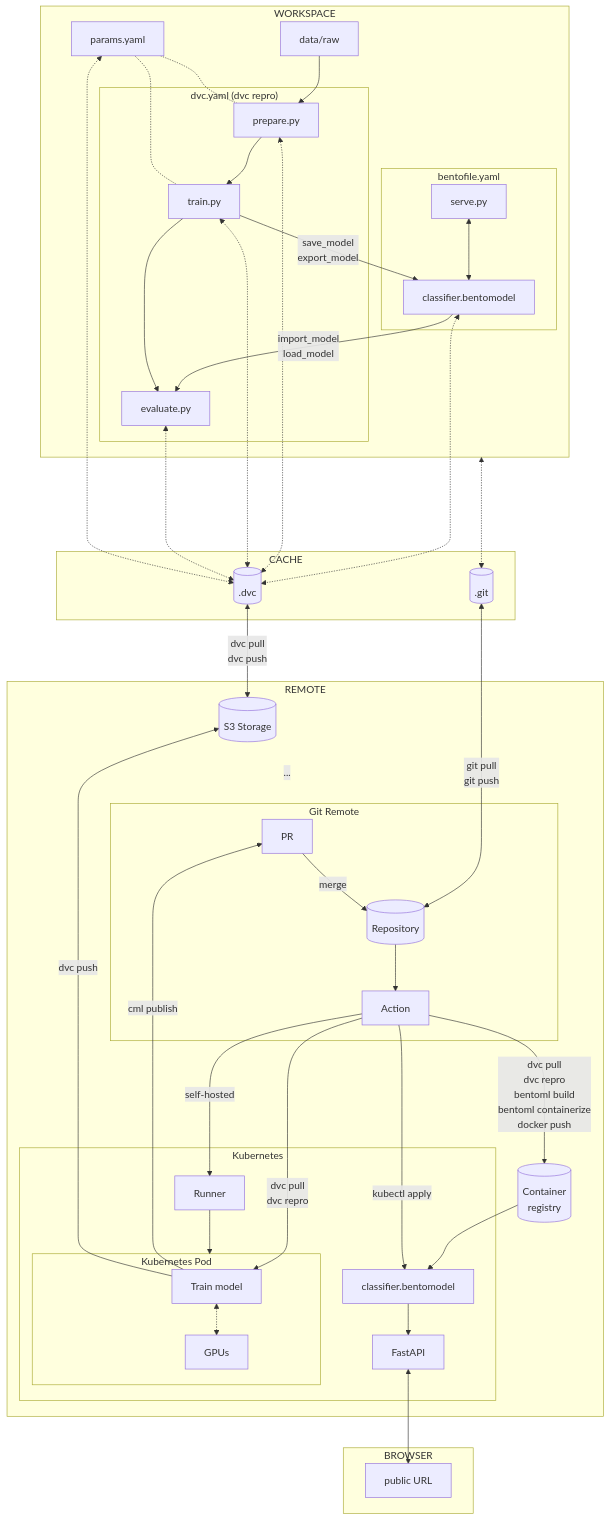
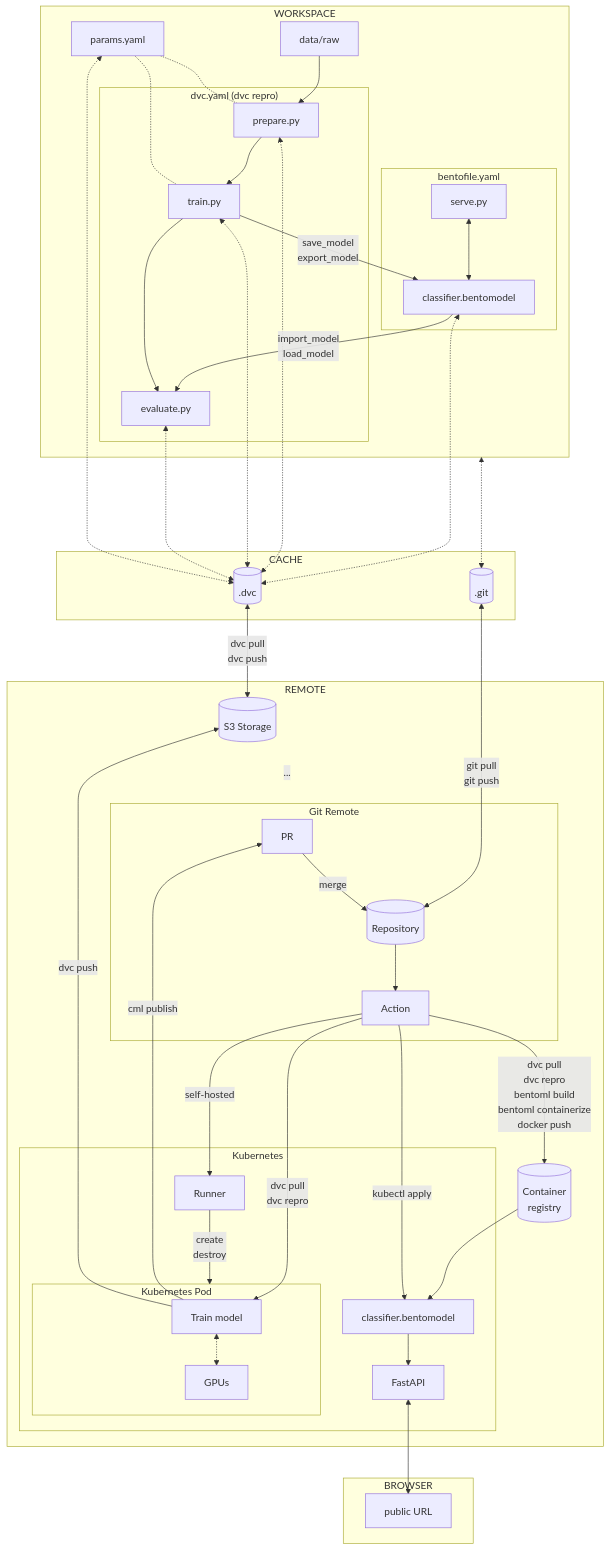
Before and after one commit to swiss-ai-center/a-guide-to-mlops: the diagram in docs/part-3-serve-and-deploy-the-model/conclusion.md, drawn with Mermaid. The commit also changed 2 other files, not shown here.

Commit message:
Rework chapter 17 and adjust mermaid graphs

````diff
--- a/docs/part-3-serve-and-deploy-the-model/conclusion.md
+++ b/docs/part-3-serve-and-deploy-the-model/conclusion.md
@@ -18,73 +18,74 @@
 ```mermaid
 flowchart TB
     dot_dvc[(.dvc)] <-->|dvc pull
                          dvc push| s3_storage[(S3 Storage)]
     dot_git[(.git)] <-->|git pull
                          git push| repository[(Repository)]
     workspaceGraph <-....-> dot_git
     data[data/raw]
 
     subgraph cacheGraph[CACHE]
         dot_dvc
         dot_git
     end
 
     subgraph workspaceGraph[WORKSPACE]
         bento_model[classifier.bentomodel] <-.-> dot_dvc
         prepare[prepare.py] <-.-> dot_dvc
         train[train.py] <-.-> dot_dvc
         evaluate[evaluate.py] <-.-> dot_dvc
         data --> prepare
         bento_model --> |import_model
                          load_model|evaluate
         train --> |save_model
                    export_model|bento_model
         subgraph dvcGraph["dvc.yaml (dvc repro)"]
             prepare --> train
             train --> evaluate
         end
         params[params.yaml] -.- prepare
         params -.- train
         params <-.-> dot_dvc
         subgraph bentoGraph[bentofile.yaml]
             bento_model
             serve[serve.py] <--> bento_model
         end
     end
 
     subgraph remoteGraph[REMOTE]
         s3_storage
         subgraph gitGraph[Git Remote]
             repository[(Repository)] --> action[Action]
             request[PR] --> |merge|repository
         end
         action --> |dvc pull
                     dvc repro
                     bentoml build
                     bentoml containerize
                     docker push|registry
         s3_storage -.- |...|request
         subgraph clusterGraph[Kubernetes]
             subgraph clusterPodGraph[Kubernetes Pod]
                 pod_train[Train model] <-.-> k8s_gpu[GPUs]
             end
-            pod_runner[Runner] --> clusterPodGraph
+            pod_runner[Runner] --> |create
+                                    destroy|clusterPodGraph
             action -->|dvc pull
                        dvc repro| pod_train
             bento_service_cluster[classifier.bentomodel] --> k8s_fastapi[FastAPI]
         end
         action --> |self-hosted|pod_runner
         pod_train -->|cml publish| request
         pod_train -->|dvc push| s3_storage
 
         registry[(Container
                   registry)] --> bento_service_cluster
         action --> |kubectl apply|bento_service_cluster
     end
 
     subgraph browserGraph[BROWSER]
         k8s_fastapi <--> publicURL["public URL"]
     end
 
     linkStyle 19 opacity:0.0
 ```
````
